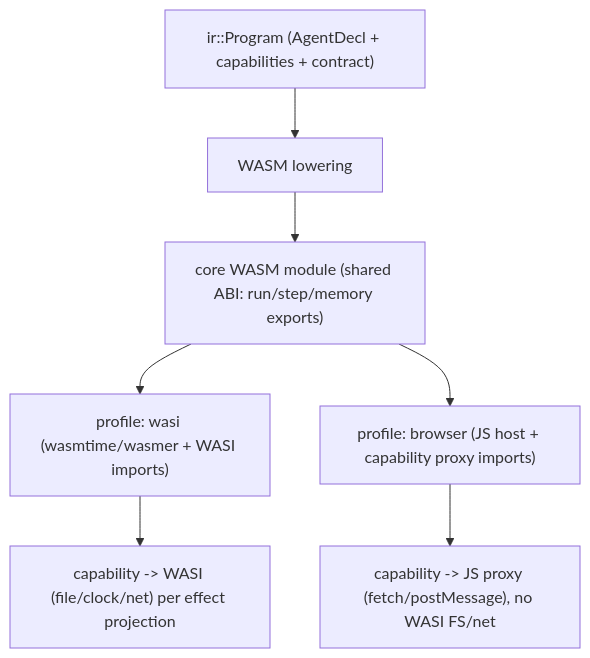
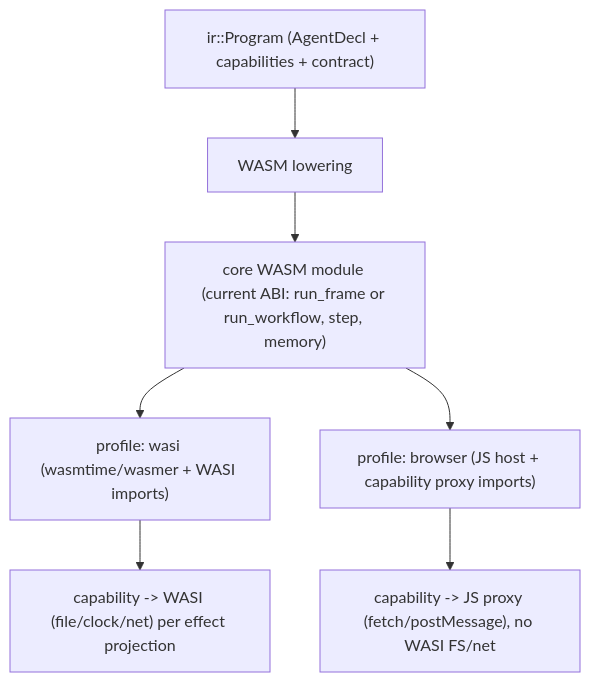
Before and after one commit to Zzzode/AHFL: the diagram in docs/rfcs/0019-wasm-runtime-model.zh.md, drawn with Mermaid. The commit also changed other lines of this file and 933 other files, not shown here.

````diff
--- a/docs/rfcs/0019-wasm-runtime-model.zh.md
+++ b/docs/rfcs/0019-wasm-runtime-model.zh.md
@@ -115,9 +115,9 @@
 ```mermaid
 flowchart TD
     Agent["ir::Program (AgentDecl + capabilities + contract)"] --> Lower["WASM lowering"]
-    Lower --> Mod["core WASM module (shared ABI: run/step/memory exports)"]
+    Lower --> Mod["core WASM module (current ABI: run_frame or run_workflow, step, memory)"]
     Mod --> WASI["profile: wasi (wasmtime/wasmer + WASI imports)"]
     Mod --> Browser["profile: browser (JS host + capability proxy imports)"]
     WASI --> WasiCaps["capability -> WASI (file/clock/net) per effect projection"]
     Browser --> JsProxy["capability -> JS proxy (fetch/postMessage), no WASI FS/net"]
 ```
````
